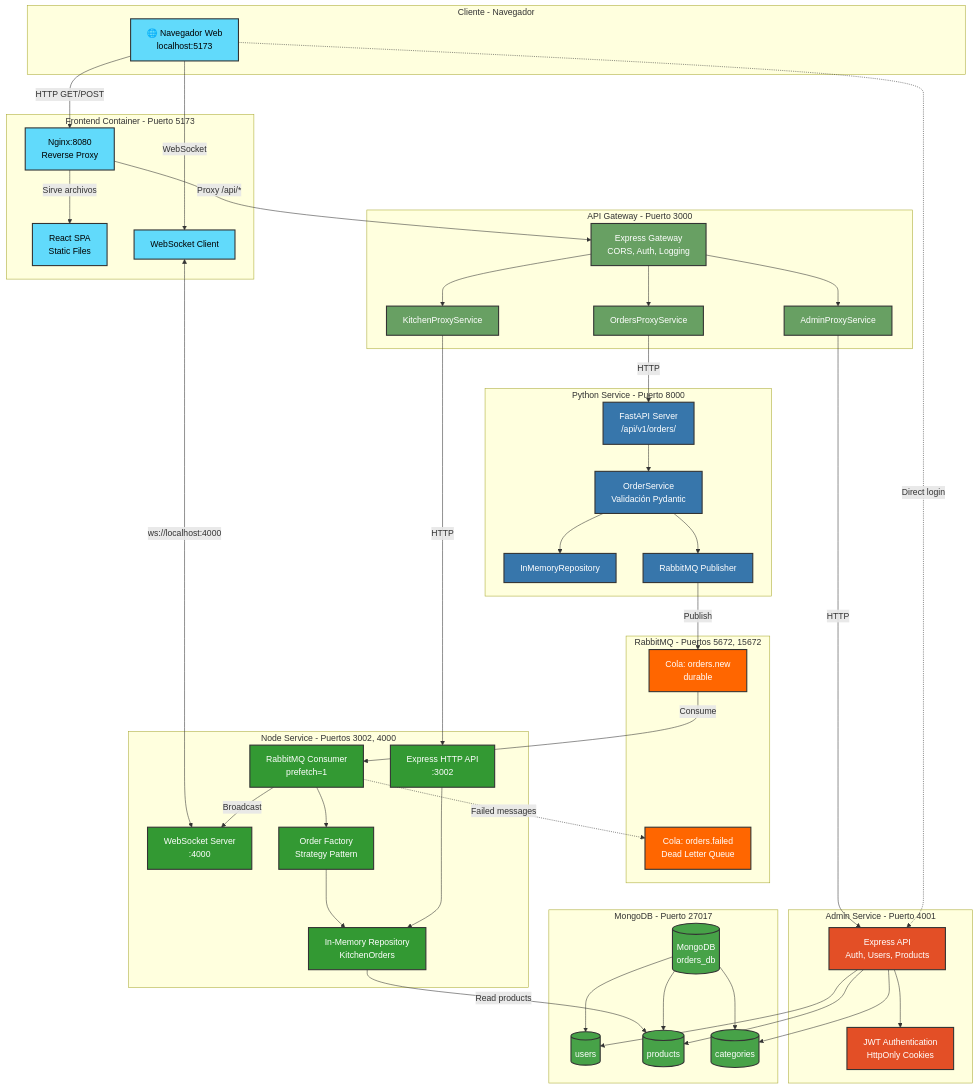
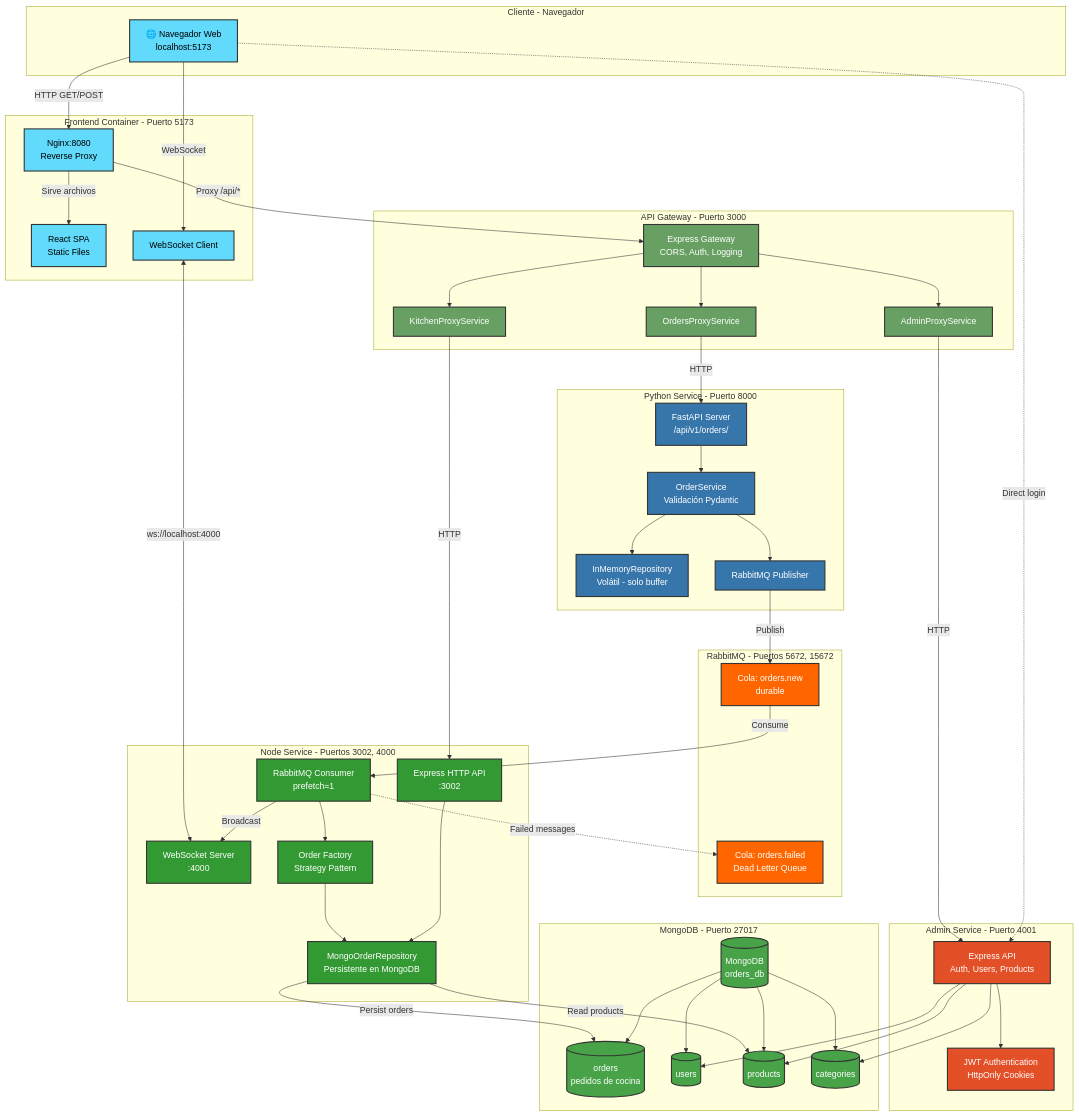
Before and after one commit to sofka-taller-4/sistema-de-pedidos-restaurante: the first of 5 diagrams in ARCHITECTURE_DIAGRAM.md, drawn with Mermaid. The commit also changed other lines of this file and 3 other files, not shown here.

````diff
--- a/ARCHITECTURE_DIAGRAM.md
+++ b/ARCHITECTURE_DIAGRAM.md
@@ -28,7 +28,7 @@
     subgraph "Python Service - Puerto 8000"
         FastAPI[FastAPI Server<br/>/api/v1/orders/]
         PyService[OrderService<br/>Validación Pydantic]
-        PyRepo[InMemoryRepository]
+        PyRepo[InMemoryRepository<br/>Volátil - solo buffer]
         PyPublisher[RabbitMQ Publisher]
     end
 
@@ -41,7 +41,7 @@
         Worker[RabbitMQ Consumer<br/>prefetch=1]
         NodeAPI[Express HTTP API<br/>:3002]
         WSServer[WebSocket Server<br/>:4000]
-        NodeRepo[In-Memory Repository<br/>KitchenOrders]
+        NodeRepo[MongoOrderRepository<br/>Persistente en MongoDB]
         Factory[Order Factory<br/>Strategy Pattern]
     end
 
@@ -52,6 +52,7 @@
 
     subgraph "MongoDB - Puerto 27017"
         MongoDB[(MongoDB<br/>orders_db)]
+        OrdersCol[(orders<br/>pedidos de cocina)]
         UsersCol[(users)]
         ProductsCol[(products)]
         CategoriesCol[(categories)]
@@ -87,6 +88,7 @@
     Factory --> NodeRepo
     Worker -->|Broadcast| WSServer
     NodeAPI --> NodeRepo
+    NodeRepo -->|Persist orders| OrdersCol
     NodeRepo -->|Read products| ProductsCol
 
     %% Flujo Admin Service
@@ -97,6 +99,7 @@
     AdminAPI --> CategoriesCol
 
     %% Conexiones MongoDB
+    MongoDB --> OrdersCol
     MongoDB --> UsersCol
     MongoDB --> ProductsCol
     MongoDB --> CategoriesCol
@@ -115,6 +118,6 @@
     class FastAPI,PyService,PyRepo,PyPublisher python
     class Worker,NodeAPI,WSServer,NodeRepo,Factory node
     class Queue,DLQ queue
-    class MongoDB,UsersCol,ProductsCol,CategoriesCol db
+    class MongoDB,OrdersCol,UsersCol,ProductsCol,CategoriesCol db
     class AdminAPI,AdminAuth admin
 ```
````
